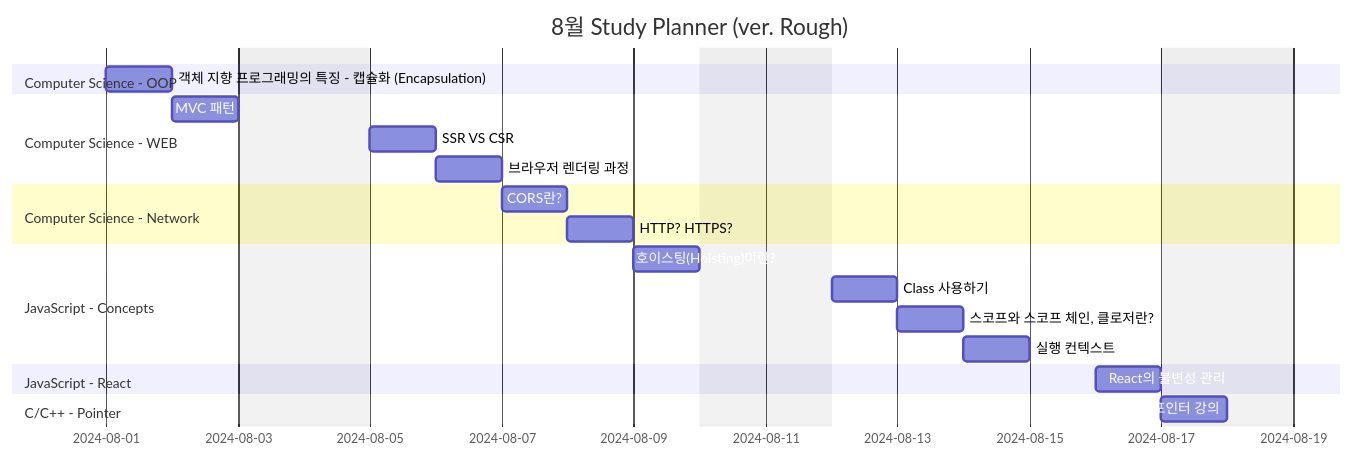
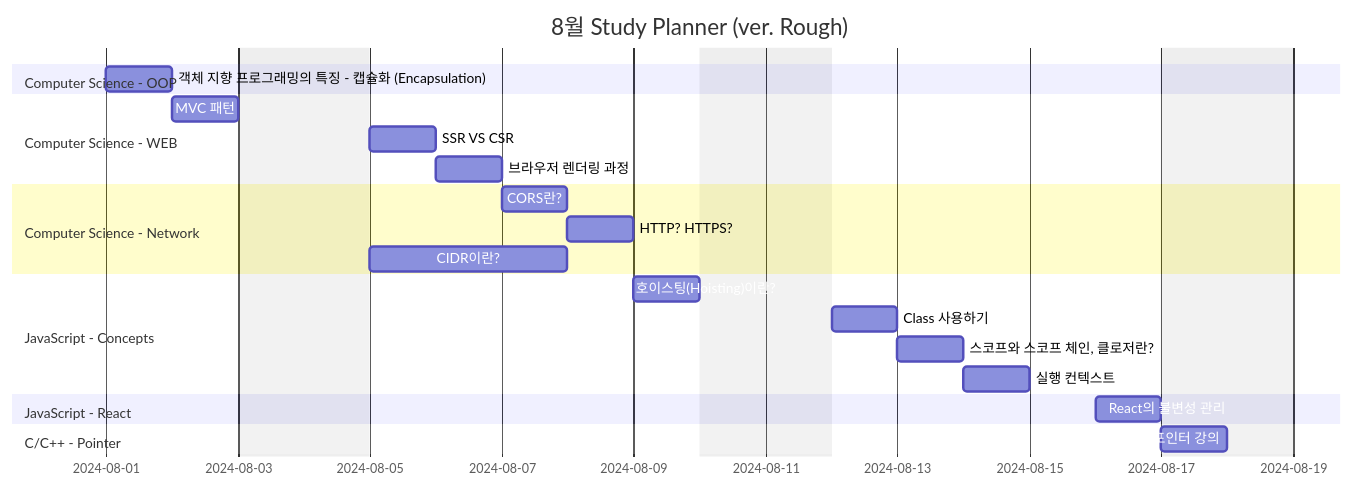
One commit to HyungJinHan/HyungJinHan.github.io changed the second of 2 diagrams in _posts/other/2024-07-24-plan.md. Above: the diagram before and after it, drawn with Mermaid. The commit also changed other lines of this file, not shown here.

````diff
--- a/_posts/other/2024-07-24-plan.md
+++ b/_posts/other/2024-07-24-plan.md
@@ -33,29 +38,30 @@
 ```mermaid
 gantt
 title  8월 Study Planner (ver. Rough)
 excludes weekends
 
 section Computer Science - OOP
   객체 지향 프로그래밍의 특징 - 캡슐화 (Encapsulation) :e, 2024-08-01, 1d
 
 section Computer Science - WEB
   MVC 패턴 :f, 2024-08-02, 1d
   SSR VS CSR :g, 2024-08-05, 1d
   브라우저 렌더링 과정 :k, 2024-08-06, 1d
 
 section Computer Science - Network
   CORS란? :h, 2024-08-07, 1d
   HTTP? HTTPS? :i, 2024-08-08, 1d
+  CIDR이란? :i, 2024-08-05, 3d
 
 section JavaScript - Concepts
   호이스팅(Hoisting)이란? :j, 2024-08-09, 1d
   Class 사용하기 :l, 2024-08-12, 1d
   스코프와 스코프 체인, 클로저란? :n, 2024-08-13, 1d
   실행 컨텍스트 :o, 2024-08-14, 1d
 
 section JavaScript - React
   React의 불변성 관리 :m, 2024-08-16, 1d
 
 section C/C++ - Pointer
   혀니C코딩 포인터 강의 :p, 2024-08-17, 1d
 ```
````
